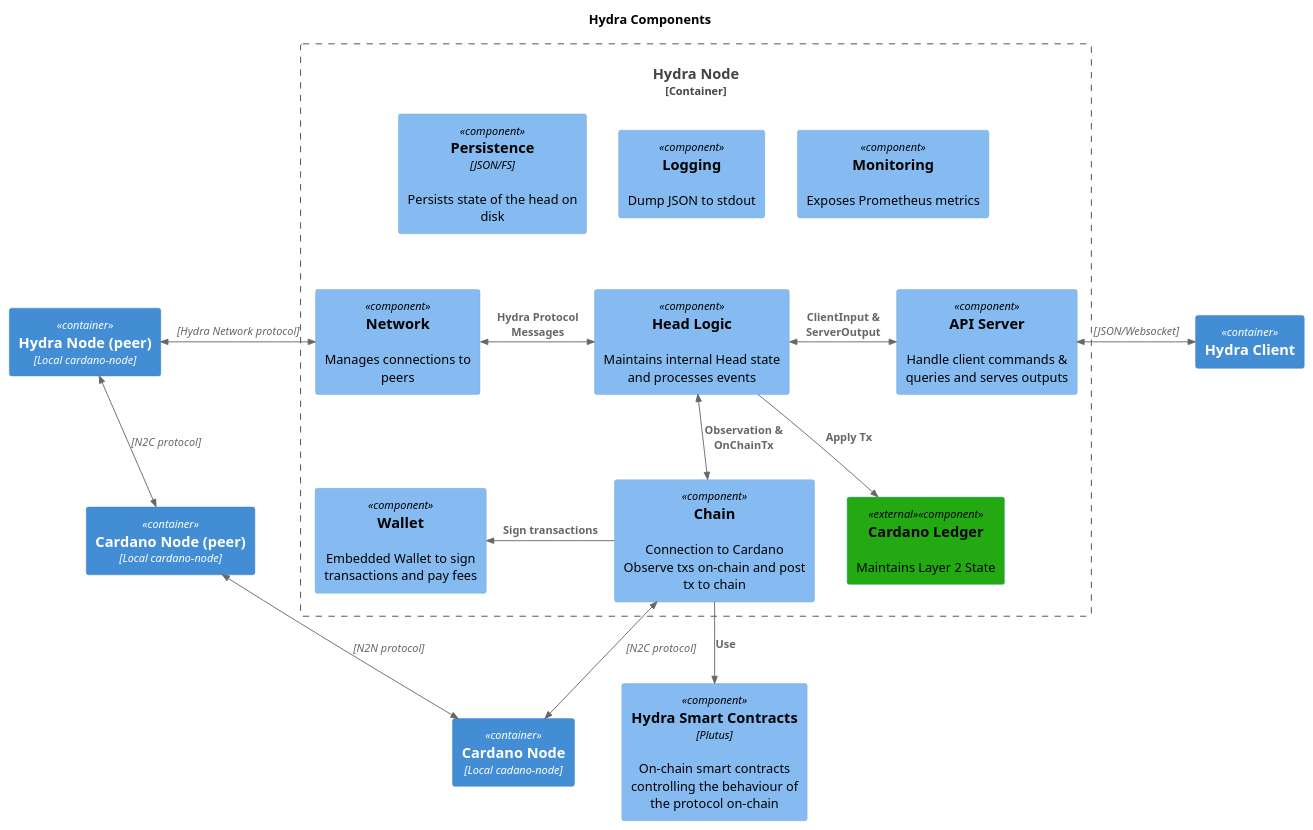
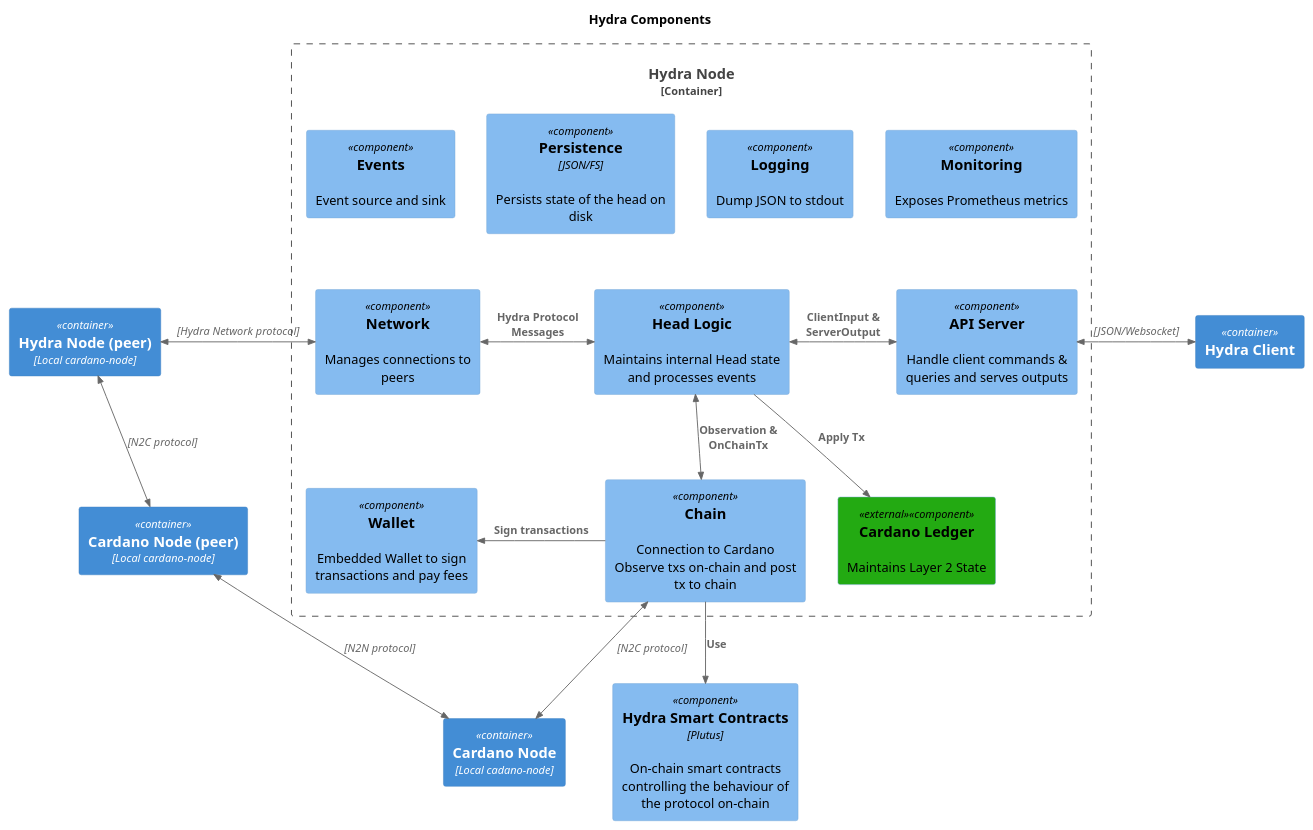
Before and after one commit to chrono-ranger742wc/hydra: the diagram in docs/docs/dev/architecture/architecture-c4.puml, drawn with PlantUML. The commit also changed 4 other files, not shown here.

Commit message:
Add event sourcing docs to architecture section

```diff
--- a/docs/docs/dev/architecture/architecture-c4.puml
+++ b/docs/docs/dev/architecture/architecture-c4.puml
@@ -1,42 +1,44 @@
 @startuml hydra-components.png
 title "Hydra Components"
 !include https://raw.githubusercontent.com/plantuml-stdlib/C4-PlantUML/master/C4_Component.puml
 
 AddElementTag("external", $bgColor="#23aa12")
 
 Container_Boundary(hydra_node, "Hydra Node") {
+   Component(events, "Events", "", "Event source and sink", $link="https://github.com/cardano-scaling/hydra/blob/master/hydra-node/src/Hydra/Events.hs")
    Component(persistence, "Persistence", "JSON/FS", "Persists state of the head on disk", $link="https://github.com/cardano-scaling/hydra/blob/master/hydra-node/src/Hydra/Persistence.hs")
    Component(head_logic, "Head Logic", "", "Maintains internal Head state and processes events", $link="https://github.com/cardano-scaling/hydra/blob/master/hydra-node/src/Hydra/HeadLogic.hs")
    Component(api_server, "API Server", "", "Handle client commands & queries and serves outputs", $link="https://github.com/cardano-scaling/hydra/blob/master/hydra-node/src/Hydra/API/Server.hs")
    Component(chain, "Chain", "", "Connection to Cardano\nObserve txs on-chain and post tx to chain", $link="https://github.com/cardano-scaling/hydra/blob/master/hydra-node/src/Hydra/Chain.hs")
    Component(wallet, "Wallet", "", "Embedded Wallet to sign transactions and pay fees", $link="https://github.com/cardano-scaling/hydra/blob/master/hydra-node/src/Hydra/Chain/Direct/Wallet.hs")
    Component(network, "Network", "", "Manages connections to peers", $link="https://github.com/cardano-scaling/hydra/blob/master/hydra-node/src/Hydra/Network.hs")
    Component(logging, "Logging", "", "Dump JSON to stdout", $link="https://github.com/cardano-scaling/hydra/blob/master/hydra-node/src/Hydra/Logging.hs")
    Component(monitoring, "Monitoring", "", "Exposes Prometheus metrics", $link="https://github.com/cardano-scaling/hydra/blob/master/hydra-node/src/Hydra/Logging/Monitoring.hs")
    Component(ledger, "Cardano Ledger", "", "Maintains Layer 2 State", $tags="external")
 
+   Lay_U(head_logic, events)
    Lay_U(head_logic, persistence)
    Lay_U(head_logic, logging)
    Lay_U(head_logic, monitoring)
    BiRel_L(head_logic, network, "Hydra Protocol Messages", "")
    BiRel_R(head_logic, api_server, "ClientInput & ServerOutput", "")
    BiRel_D(head_logic, chain, "Observation & OnChainTx", "")
    Rel_D(head_logic, ledger, "Apply Tx")
 
    Rel_L(chain, wallet, "Sign transactions", "")
 }
 
 Container(hydra_node_peer, "Hydra Node (peer)", "Local cardano-node")
 Container(cardano_node, "Cardano Node", "Local cadano-node")
 Container(cardano_node_peer, "Cardano Node (peer)", "Local cardano-node")
 Container(hydra_client, "Hydra Client", "")
 Component(smart_contracts, "Hydra Smart Contracts", "Plutus", "On-chain smart contracts controlling the behaviour of the protocol on-chain", $link="https://github.com/cardano-scaling/hydra/tree/master/hydra-plutus")
 Rel(chain, smart_contracts, "Use", "")
 BiRel_D(chain, cardano_node, "", "N2C protocol")
 BiRel_L(cardano_node, cardano_node_peer, "", "N2N protocol")
 BiRel(hydra_node_peer, cardano_node_peer, "", "N2C protocol")
 BiRel_L(network, hydra_node_peer, "", "Hydra Network protocol")
 BiRel_R(api_server, hydra_client, "", "JSON/Websocket")
 
 
 @enduml
```
